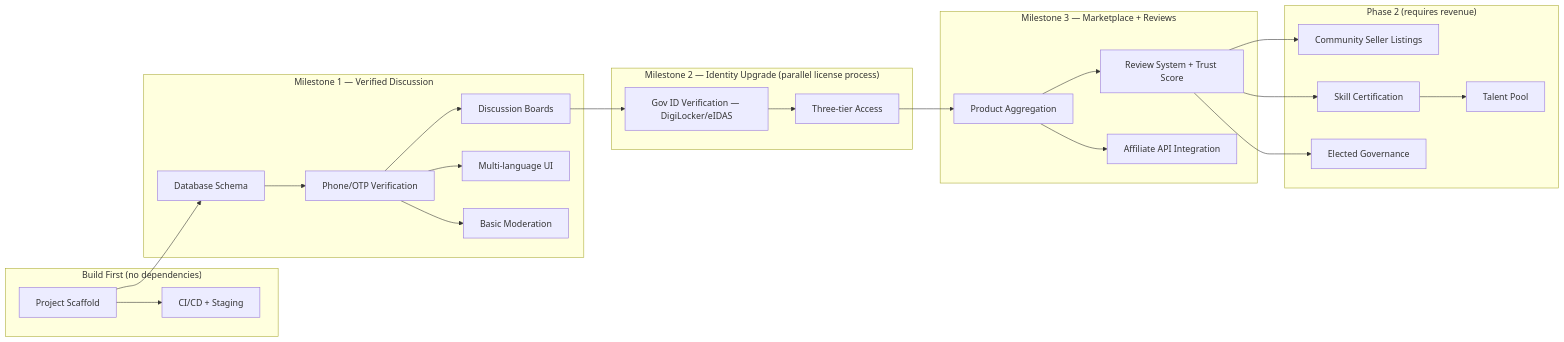
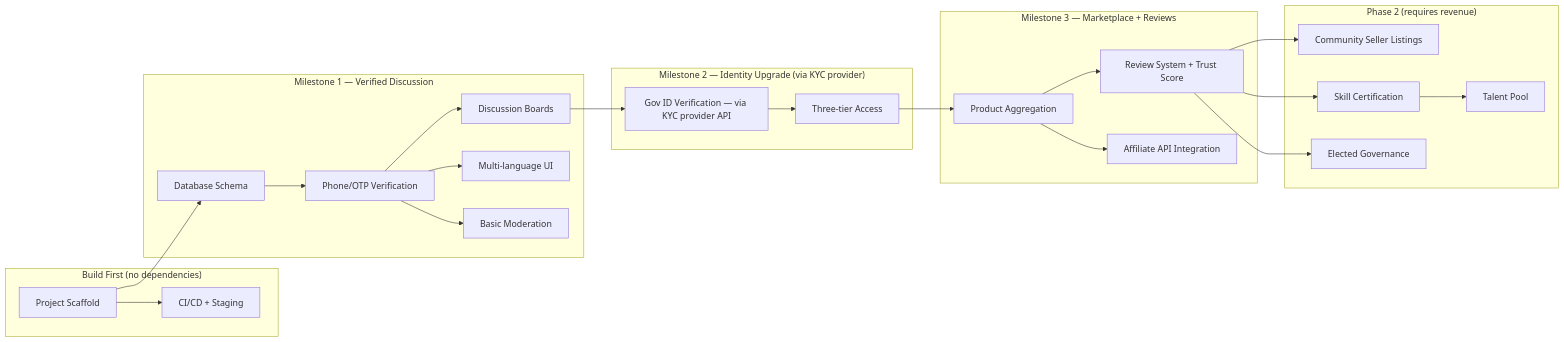
Before and after one commit to thecounterweight/platform: the third of 4 diagrams in docs/diagrams.md, drawn with Mermaid. The commit also changed 8 other files, not shown here.

````diff
--- a/docs/diagrams.md
+++ b/docs/diagrams.md
@@ -46,49 +46,49 @@
 ```mermaid
 flowchart LR
     subgraph "Build First (no dependencies)"
         SCAFFOLD[Project Scaffold]
         INFRA[CI/CD + Staging]
     end
 
     subgraph "Milestone 1 — Verified Discussion"
         PHONE[Phone/OTP Verification]
         DB[Database Schema]
         DISCUSSION[Discussion Boards]
         I18N[Multi-language UI]
         MOD[Basic Moderation]
     end
 
-    subgraph "Milestone 2 — Identity Upgrade (parallel license process)"
-        IDENTITY[Gov ID Verification — DigiLocker/eIDAS]
+    subgraph "Milestone 2 — Identity Upgrade (via KYC provider)"
+        IDENTITY[Gov ID Verification — via KYC provider API]
         TIERS[Three-tier Access]
     end
 
     subgraph "Milestone 3 — Marketplace + Reviews"
         MARKETPLACE[Product Aggregation]
         REVIEWS[Review System + Trust Score]
         AFFILIATE[Affiliate API Integration]
     end
 
     subgraph "Phase 2 (requires revenue)"
         SELLERS[Community Seller Listings]
         CERTIFICATION[Skill Certification]
         TALENT[Talent Pool]
         GOVERNANCE[Elected Governance]
     end
 
     SCAFFOLD --> DB
     SCAFFOLD --> INFRA
     DB --> PHONE
     PHONE --> DISCUSSION
     PHONE --> I18N
     PHONE --> MOD
     DISCUSSION --> IDENTITY
     IDENTITY --> TIERS
     TIERS --> MARKETPLACE
     MARKETPLACE --> REVIEWS
     MARKETPLACE --> AFFILIATE
     REVIEWS --> SELLERS
     REVIEWS --> CERTIFICATION
     CERTIFICATION --> TALENT
     REVIEWS --> GOVERNANCE
 ```
````
